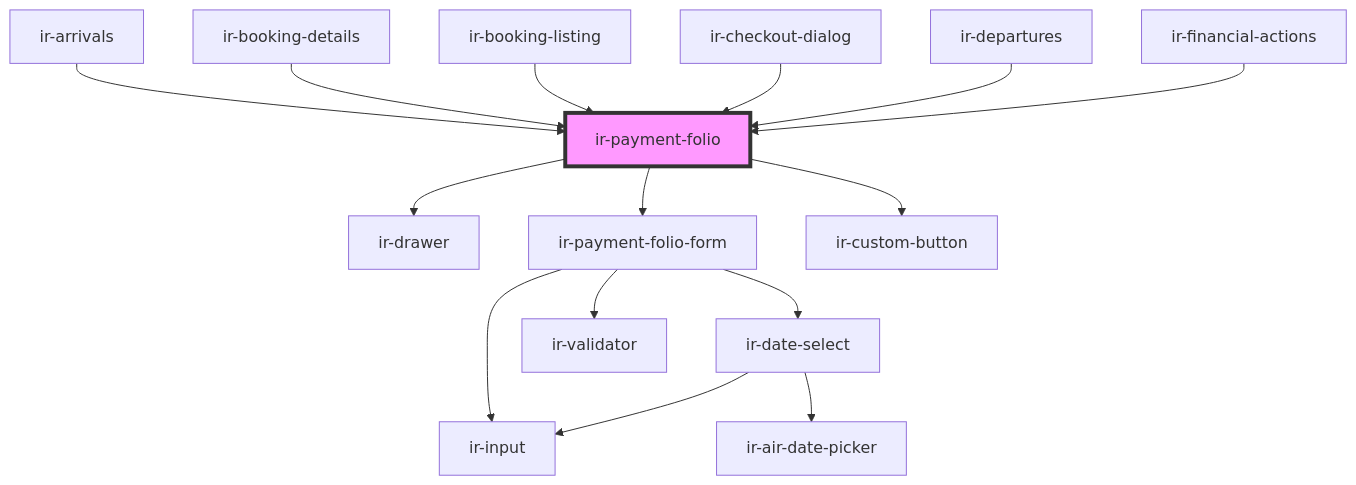
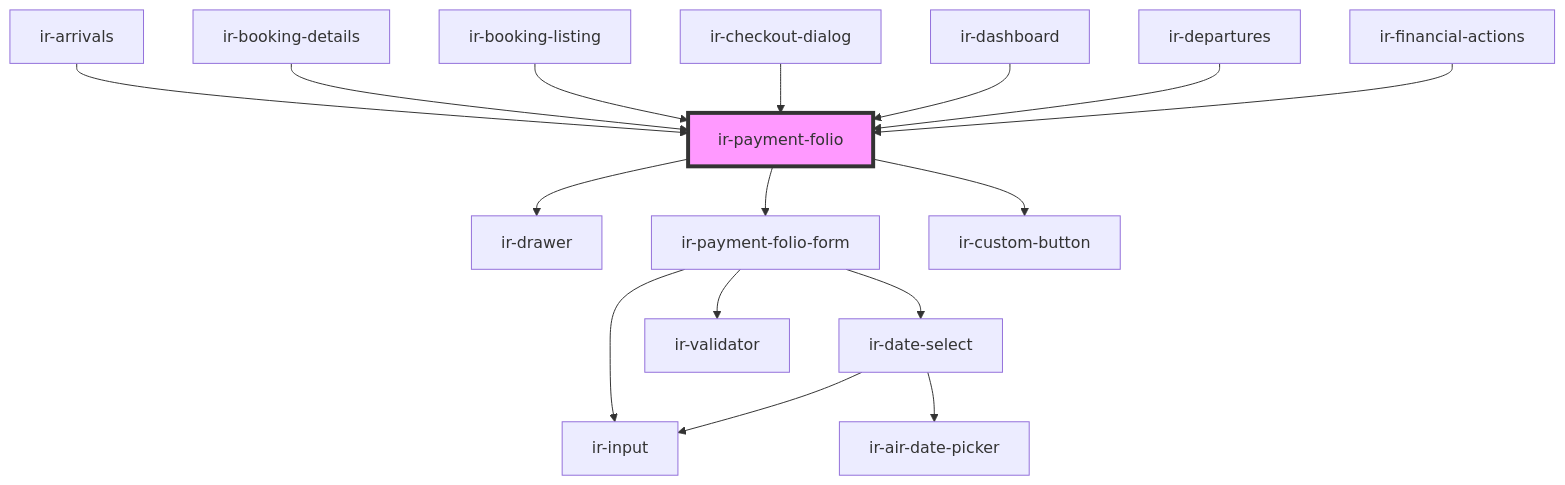
Before and after one commit to RonyRizk/ir-webcmp: the diagram in src/components/ir-booking-details/ir-payment-details/ir-payment-folio/readme.md, drawn with Mermaid. The commit also changed other lines of this file and 76 other files, not shown here.

````diff
--- a/src/components/ir-booking-details/ir-payment-details/ir-payment-folio/readme.md
+++ b/src/components/ir-booking-details/ir-payment-details/ir-payment-folio/readme.md
@@ -69,18 +70,19 @@
 ```mermaid
 graph TD;
   ir-payment-folio --> ir-drawer
   ir-payment-folio --> ir-payment-folio-form
   ir-payment-folio --> ir-custom-button
   ir-payment-folio-form --> ir-date-select
   ir-payment-folio-form --> ir-validator
   ir-payment-folio-form --> ir-input
   ir-date-select --> ir-input
   ir-date-select --> ir-air-date-picker
   ir-arrivals --> ir-payment-folio
   ir-booking-details --> ir-payment-folio
   ir-booking-listing --> ir-payment-folio
   ir-checkout-dialog --> ir-payment-folio
+  ir-dashboard --> ir-payment-folio
   ir-departures --> ir-payment-folio
   ir-financial-actions --> ir-payment-folio
   style ir-payment-folio fill:#f9f,stroke:#333,stroke-width:4px
 ```
````
